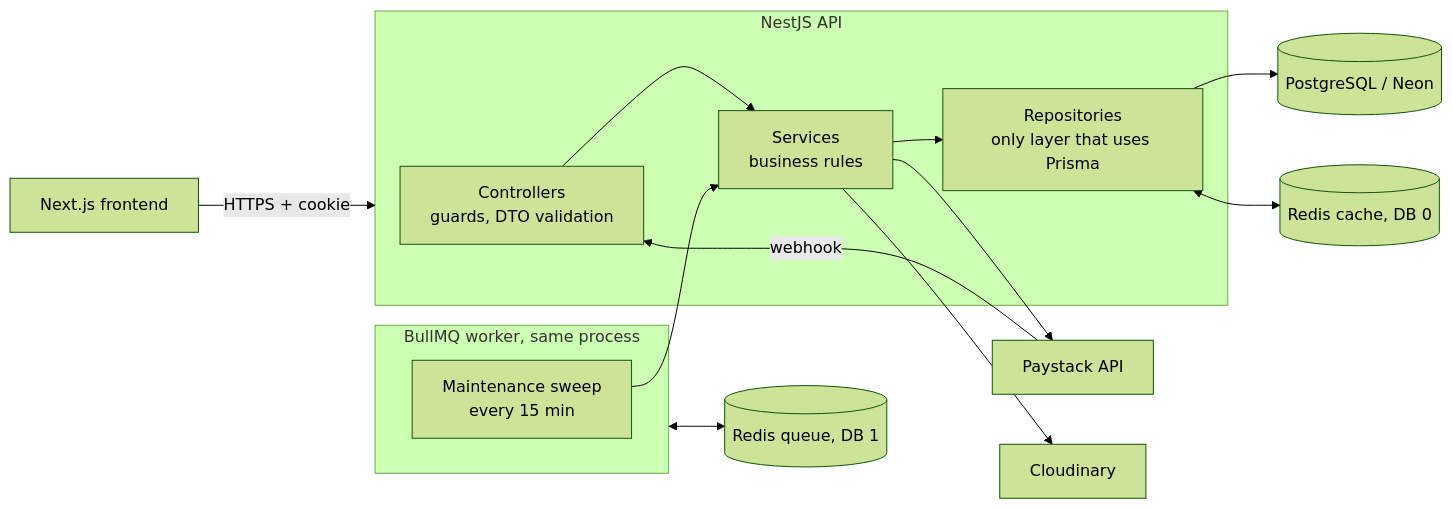
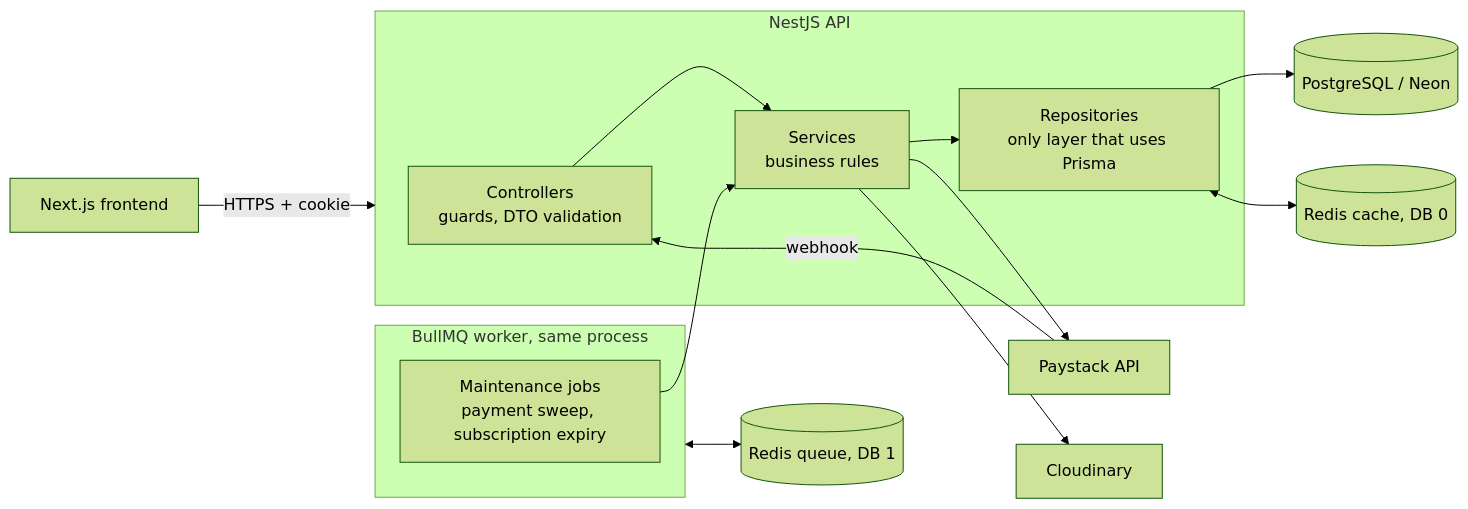
Before and after one commit to Dev-Jabbar/gym_ontime_nestjs_backend: the first of 3 diagrams in README.md, drawn with Mermaid (forest theme). The commit also changed other lines of this file and 12 other files, not shown here.

Commit message:
Add subscription expiry job and lock down member endpoints

````diff
--- a/README.md
+++ b/README.md
@@ -44,20 +45,20 @@
 ```mermaid
 flowchart LR
   FE[Next.js frontend] -->|HTTPS + cookie| API
 
   subgraph API[NestJS API]
     C[Controllers<br/>guards, DTO validation] --> S[Services<br/>business rules]
     S --> R[Repositories<br/>only layer that uses Prisma]
   end
 
   R --> PG[(PostgreSQL / Neon)]
   R <--> RC[(Redis cache, DB 0)]
   S --> PS[Paystack API]
   S --> CL[Cloudinary]
   PS -->|webhook| C
 
   subgraph Q[BullMQ worker, same process]
-    J[Maintenance sweep<br/>every 15 min] --> S
+    J[Maintenance jobs<br/>payment sweep, subscription expiry] --> S
   end
   Q <--> RQ[(Redis queue, DB 1)]
 ```
````
